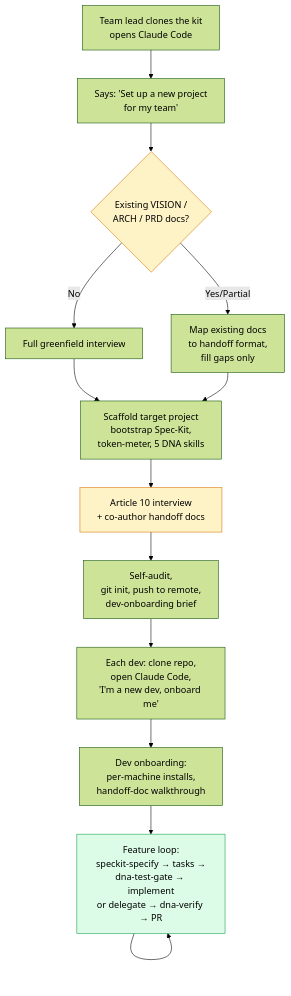
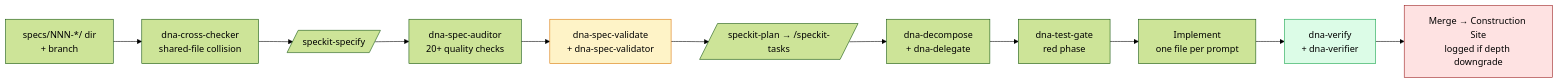
One commit to albertdobmeyer/agentic-dev-starter changed the diagram in README.md. Above: the diagram before and after it, drawn with Mermaid (forest theme). The commit also changed other lines of this file and 32 other files, not shown here.

````diff
--- a/README.md
+++ b/README.md
@@ -31,24 +73,19 @@
 ```mermaid
-flowchart TD
-    A[Team lead clones the kit<br/>opens Claude Code]
-    B[Says: 'Set up a new project<br/>for my team']
-    C{Existing VISION /<br/>ARCH / PRD docs?}
-    D[Full greenfield interview]
-    E[Map existing docs<br/>to handoff format,<br/>fill gaps only]
-    F[Scaffold target project<br/>bootstrap Spec-Kit,<br/>token-meter, 5 DNA skills]
-    G[Article 10 interview<br/>+ co-author handoff docs]
-    H[Self-audit,<br/>git init, push to remote,<br/>dev-onboarding brief]
-    I[Each dev: clone repo,<br/>open Claude Code,<br/>'I'm a new dev, onboard me']
-    J[Dev onboarding:<br/>per-machine installs,<br/>handoff-doc walkthrough]
-    K[Feature loop:<br/>speckit-specify → tasks →<br/>dna-test-gate → implement<br/>or delegate → dna-verify → PR]
+flowchart LR
+    A[specs/NNN-*/ dir<br/>+ branch]
+    B[dna-cross-checker<br/>shared-file collision]
+    C[/speckit-specify/]
+    D[dna-spec-auditor<br/>20+ quality checks]
+    E[dna-spec-validate<br/>+ dna-spec-validator]
+    F[/speckit-plan → /speckit-tasks/]
+    G[dna-decompose<br/>+ dna-delegate]
+    H[dna-test-gate<br/>red phase]
+    I[Implement<br/>one file per prompt]
+    J[dna-verify<br/>+ dna-verifier]
+    K[Merge → Construction Site<br/>logged if depth downgrade]
 
-    A --> B --> C
-    C -- No --> D --> F
-    C -- Yes/Partial --> E --> F
-    F --> G --> H --> I --> J --> K
-    K --> K
-
-    style C fill:#fef3c7,stroke:#d97706
-    style G fill:#fef3c7,stroke:#d97706
-    style K fill:#dcfce7,stroke:#16a34a
+    A --> B --> C --> D --> E --> F --> G --> H --> I --> J --> K
+    style E fill:#fef3c7,stroke:#d97706
+    style J fill:#dcfce7,stroke:#16a34a
+    style K fill:#fee2e2,stroke:#991b1b
 ```
````
